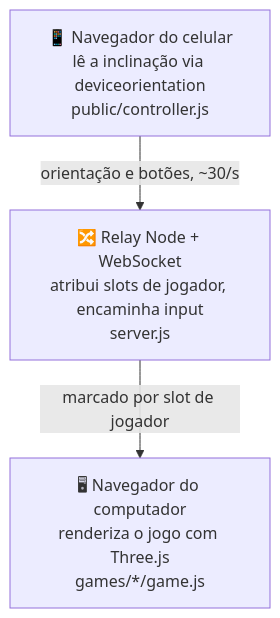
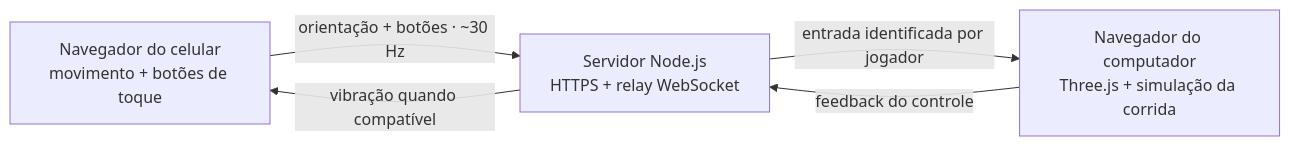
One commit to LucasArais/WiiPhone changed the diagram in README.pt-BR.md. Above: the diagram before and after it, drawn with Mermaid. The commit also changed other lines of this file and 27 other files, not shown here.

````diff
--- a/README.pt-BR.md
+++ b/README.pt-BR.md
@@ -48,8 +121,10 @@
 ```mermaid
-flowchart TD
-    phone["📱 Navegador do celular<br/>lê a inclinação via deviceorientation<br/>public/controller.js"]
-    relay["🔀 Relay Node + WebSocket<br/>atribui slots de jogador, encaminha input<br/>server.js"]
-    browser["🖥 Navegador do computador<br/>renderiza o jogo com Three.js<br/>games/*/game.js"]
-    phone -- "orientação e botões, ~30/s" --> relay
-    relay -- "marcado por slot de jogador" --> browser
+flowchart LR
+    phone["Navegador do celular<br/>movimento + botões de toque"]
+    relay["Servidor Node.js<br/>HTTPS + relay WebSocket"]
+    game["Navegador do computador<br/>Three.js + simulação da corrida"]
+    phone -->|"orientação + botões · ~30 Hz"| relay
+    relay -->|"entrada identificada por jogador"| game
+    game -->|"feedback do controle"| relay
+    relay -->|"vibração quando compatível"| phone
 ```
````
